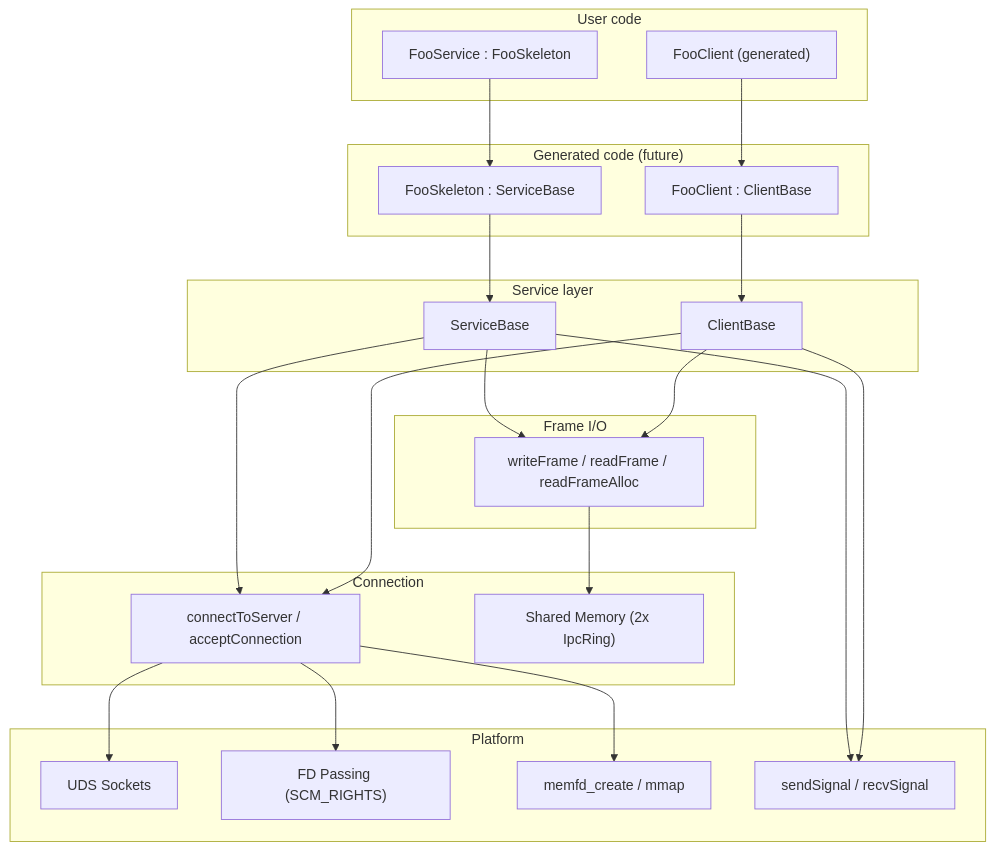
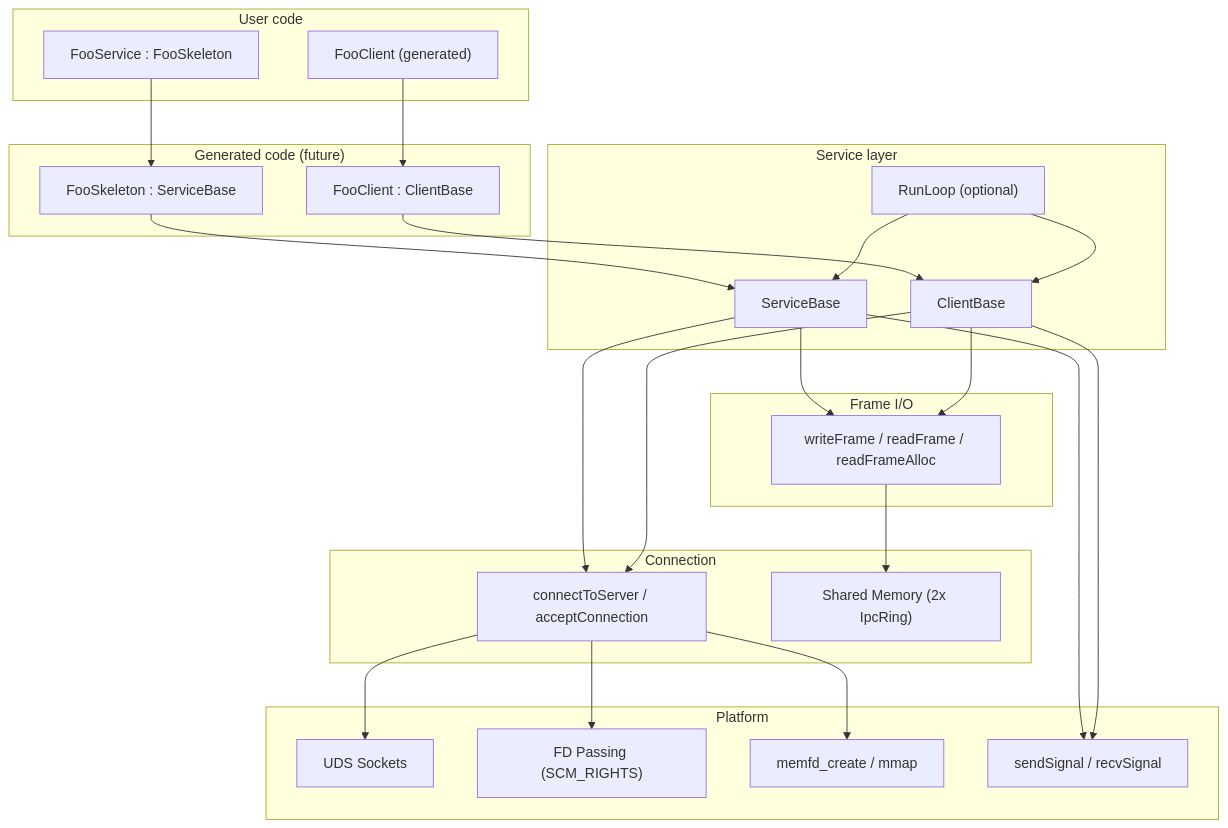
The first of 17 diagrams in doc/architecture.md (Mrunmoy/aether), drawn with Mermaid before and after one commit. The commit also changed other lines of this file and 12 other files, not shown here.

````diff
--- a/doc/architecture.md
+++ b/doc/architecture.md
@@ -5,48 +5,51 @@
 ```mermaid
 graph TD
     subgraph "User code"
         US["FooService : FooSkeleton"]
         UC["FooClient (generated)"]
     end
 
     subgraph "Generated code (future)"
         SK["FooSkeleton : ServiceBase"]
         CL["FooClient : ClientBase"]
     end
 
     subgraph "Service layer"
         SB["ServiceBase"]
         CB["ClientBase"]
+        RL["RunLoop (optional)"]
     end
 
     subgraph "Frame I/O"
         FIO["writeFrame / readFrame / readFrameAlloc"]
     end
 
     subgraph "Connection"
         CON["connectToServer / acceptConnection"]
         SHM["Shared Memory (2x IpcRing)"]
     end
 
     subgraph "Platform"
         UDS["UDS Sockets"]
         FD["FD Passing (SCM_RIGHTS)"]
         MEM["memfd_create / mmap"]
         SIG["sendSignal / recvSignal"]
     end
 
     US --> SK
     UC --> CL
     SK --> SB
     CL --> CB
     SB --> FIO
     CB --> FIO
     FIO --> SHM
     CON --> UDS
     CON --> FD
     CON --> MEM
     SB --> SIG
     CB --> SIG
     SB --> CON
     CB --> CON
+    RL --> SB
+    RL --> CB
 ```
````
